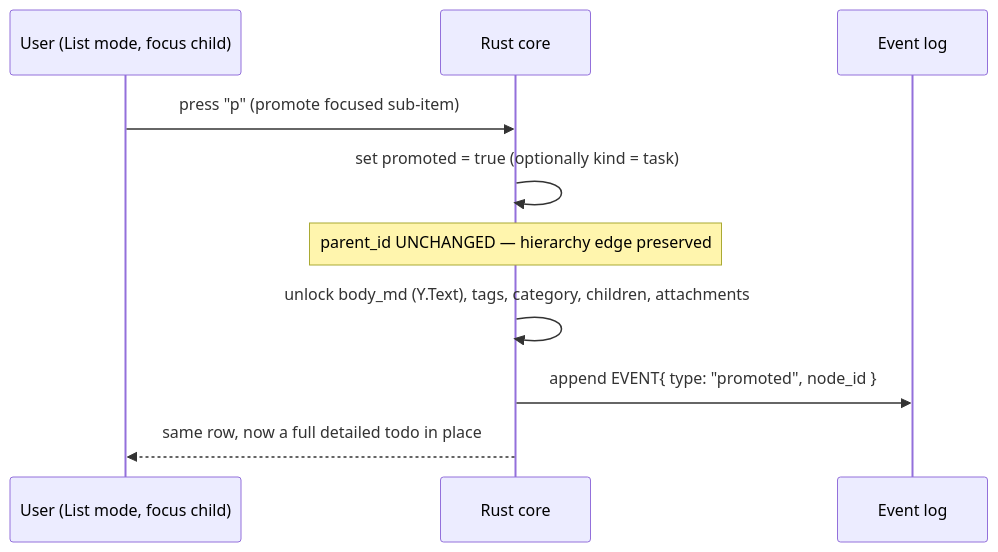
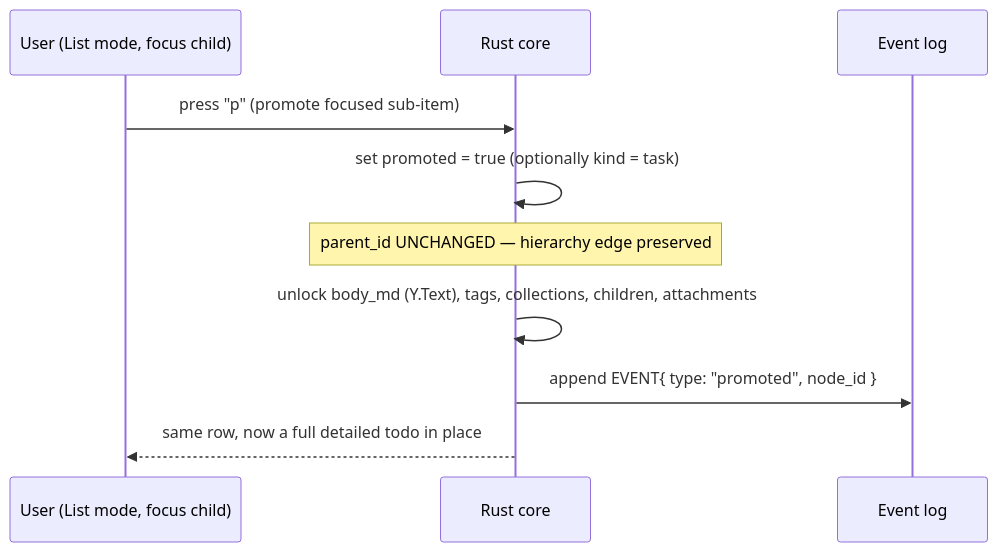
The third of 4 diagrams in projects/todo-app/docs/03-data-model.md (erancihan/erancihan), drawn with Mermaid before and after one commit. The commit also changed other lines of this file and 5 other files, not shown here.

````diff
--- a/projects/todo-app/docs/03-data-model.md
+++ b/projects/todo-app/docs/03-data-model.md
@@ -274,12 +323,12 @@
 ```mermaid
 sequenceDiagram
     participant U as User (List mode, focus child)
     participant C as Rust core
     participant L as Event log
     U->>C: press "p" (promote focused sub-item)
     C->>C: set promoted = true (optionally kind = task)
     Note over C: parent_id UNCHANGED — hierarchy edge preserved
-    C->>C: unlock body_md (Y.Text), tags, category, children, attachments
+    C->>C: unlock body_md (Y.Text), tags, collections, children, attachments
     C->>L: append EVENT{ type: "promoted", node_id }
     C-->>U: same row, now a full detailed todo in place
 ```
````
